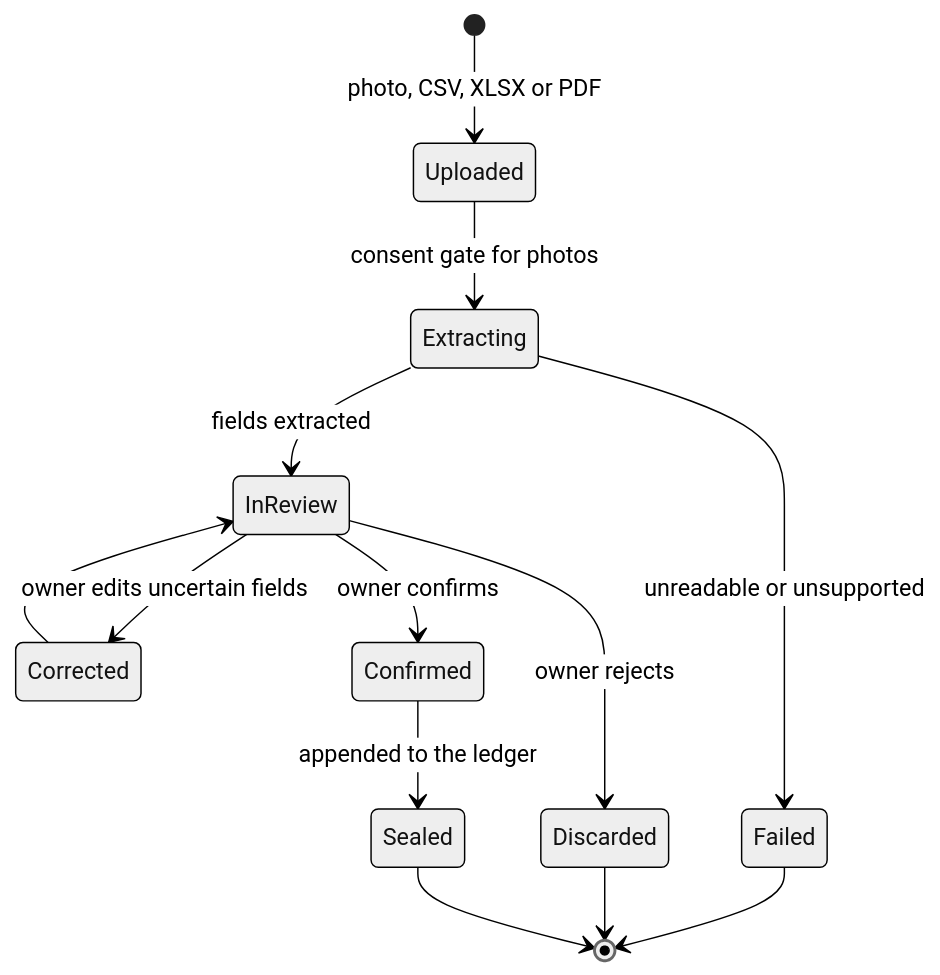
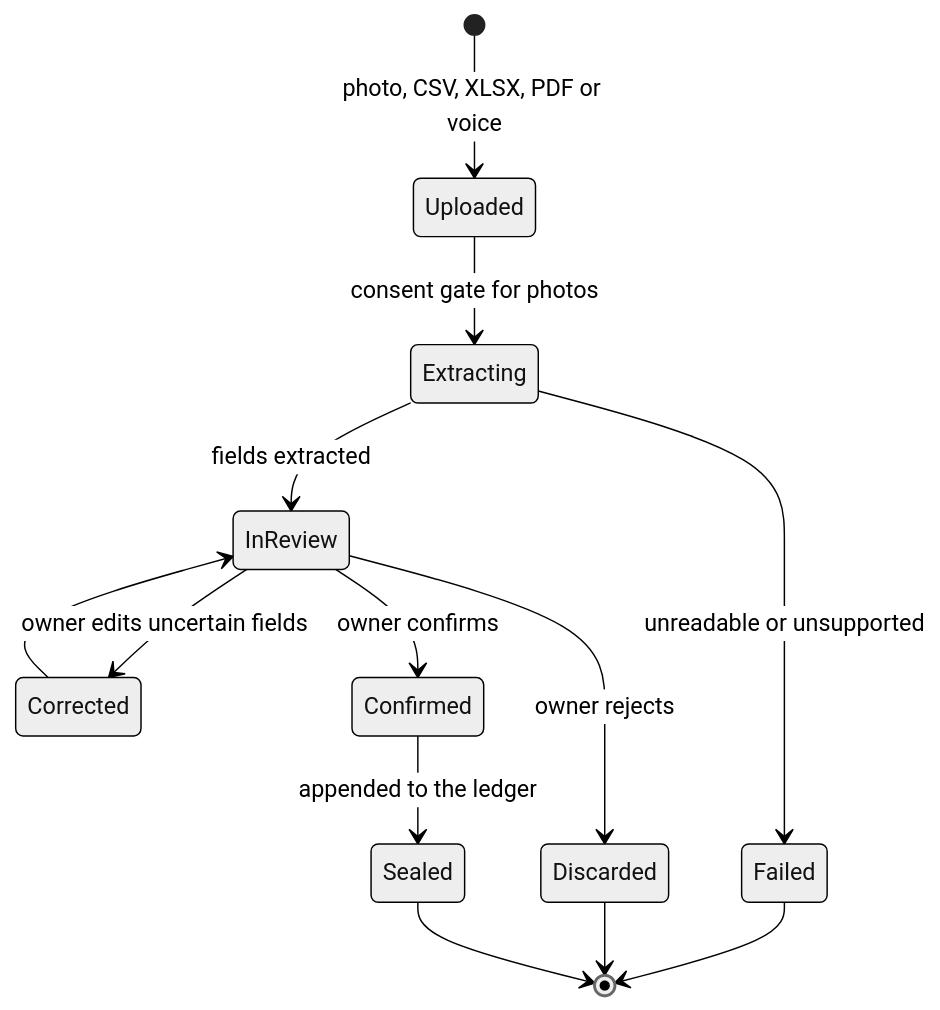
Before and after one commit to vna-07/scribe-app: the seventh of 11 diagrams in README.md, drawn with Mermaid (neutral theme). The commit also changed other lines of this file, not shown here.

````diff
--- a/README.md
+++ b/README.md
@@ -481,15 +630,15 @@
 ```mermaid
 stateDiagram-v2
-    [*] --> Uploaded: photo, CSV, XLSX or PDF
+    [*] --> Uploaded: photo, CSV, XLSX, PDF or voice
     Uploaded --> Extracting: consent gate for photos
     Extracting --> InReview: fields extracted
     Extracting --> Failed: unreadable or unsupported
     InReview --> Corrected: owner edits uncertain fields
     Corrected --> InReview
     InReview --> Confirmed: owner confirms
     InReview --> Discarded: owner rejects
     Confirmed --> Sealed: appended to the ledger
     Failed --> [*]
     Discarded --> [*]
     Sealed --> [*]
 ```
````
